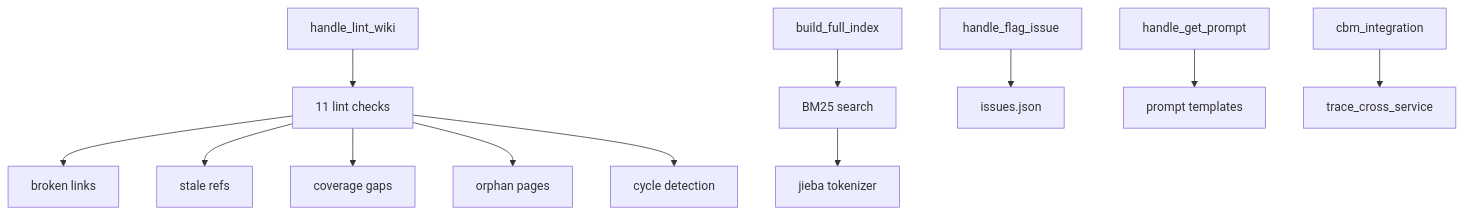
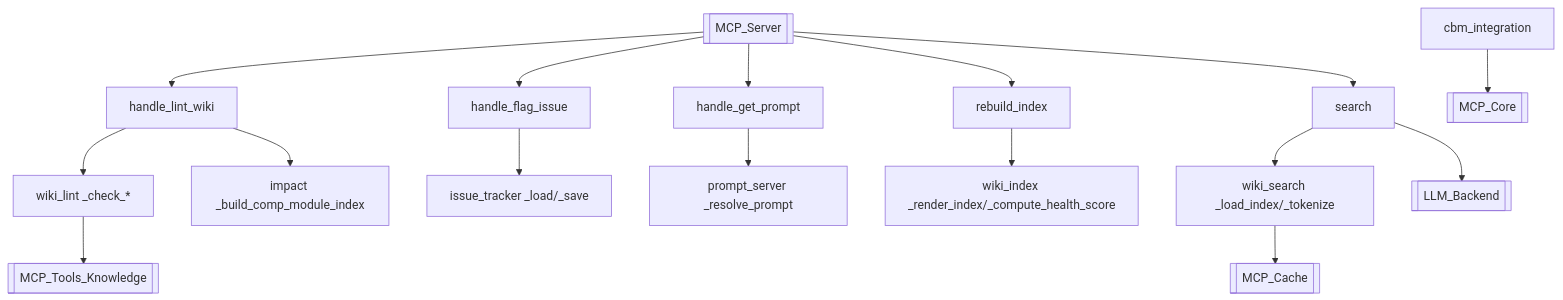
Before and after one commit to mambo-wang/CodeWiki-Plus: the diagram in repowiki/wiki/modules/MCP_Tools_Quality.md, drawn with Mermaid. The commit also changed other lines of this file and 36 other files, not shown here.

````diff
--- a/repowiki/wiki/modules/MCP_Tools_Quality.md
+++ b/repowiki/wiki/modules/MCP_Tools_Quality.md
@@ -17,14 +101,18 @@
 ```mermaid
-graph TB
-    A[handle_lint_wiki] --> B[11 lint checks]
-    B --> C[broken links]
-    B --> D[stale refs]
-    B --> E[coverage gaps]
-    B --> F[orphan pages]
-    B --> G[cycle detection]
-    H[build_full_index] --> I[BM25 search]
-    I --> J[jieba tokenizer]
-    K[handle_flag_issue] --> L[issues.json]
-    M[handle_get_prompt] --> N[prompt templates]
-    O[cbm_integration] --> P[trace_cross_service]
+flowchart TD
+  A[[MCP_Server]] --> B[handle_lint_wiki]
+  A --> C[handle_flag_issue]
+  A --> D[handle_get_prompt]
+  A --> E[rebuild_index]
+  A --> F[search]
+  B --> G[wiki_lint _check_*]
+  C --> H[issue_tracker _load/_save]
+  D --> I[prompt_server _resolve_prompt]
+  E --> J[wiki_index _render_index/_compute_health_score]
+  F --> K[wiki_search _load_index/_tokenize]
+  G --> L[[MCP_Tools_Knowledge]]
+  K --> M[[MCP_Cache]]
+  F --> N[[LLM_Backend]]
+  B --> O[impact _build_comp_module_index]
+  P[cbm_integration] --> Q[[MCP_Core]]
 ```
````
